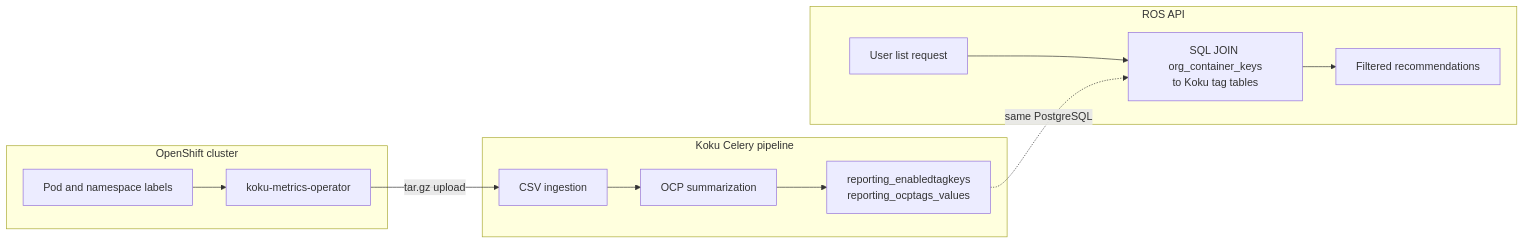
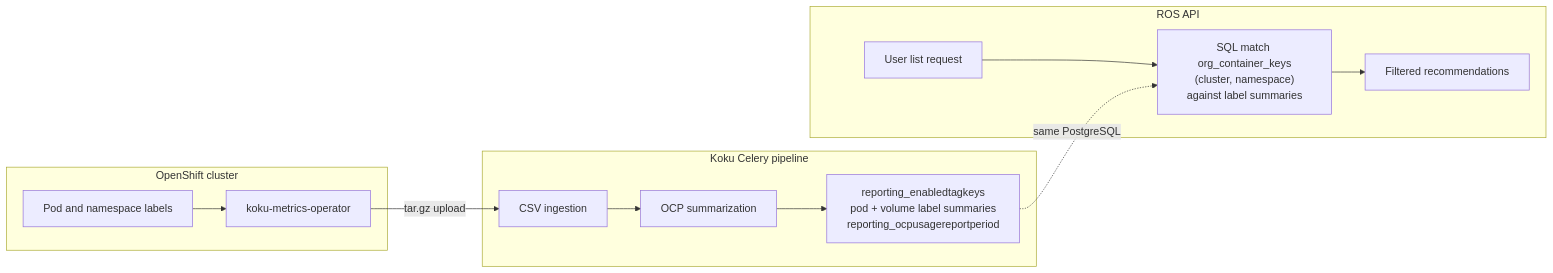
Before and after one commit to pgarciaq/ros-ocp-backend: the diagram in docs/features/tag-filtering.md, drawn with Mermaid. The commit also changed other lines of this file and 3 other files, not shown here.

````diff
--- a/docs/features/tag-filtering.md
+++ b/docs/features/tag-filtering.md
@@ -70,22 +71,22 @@
 ```mermaid
 flowchart LR
     subgraph cluster["OpenShift cluster"]
         OP["Pod and namespace labels"]
         MO["koku-metrics-operator"]
         OP --> MO
     end
     subgraph koku["Koku Celery pipeline"]
         ING["CSV ingestion"]
         SUM["OCP summarization"]
-        TAGT["reporting_enabledtagkeys<br/>reporting_ocptags_values"]
+        TAGT["reporting_enabledtagkeys<br/>pod + volume label summaries<br/>reporting_ocpusagereportperiod"]
         ING --> SUM --> TAGT
     end
     subgraph ros["ROS API"]
         REQ["User list request"]
-        JOIN["SQL JOIN org_container_keys<br/>to Koku tag tables"]
+        JOIN["SQL match org_container_keys<br/>(cluster, namespace)<br/>against label summaries"]
         RESP["Filtered recommendations"]
         REQ --> JOIN --> RESP
     end
     MO -->|tar.gz upload| ING
     TAGT -.->|same PostgreSQL| JOIN
 ```
````
